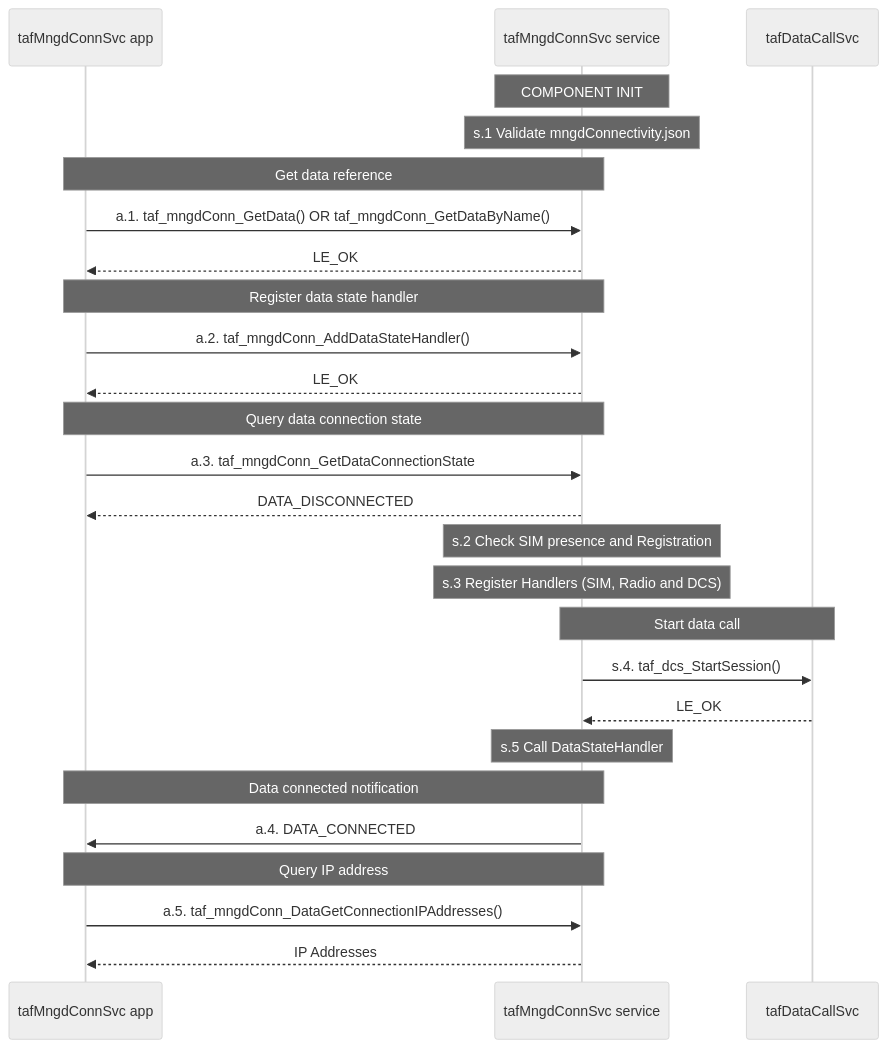
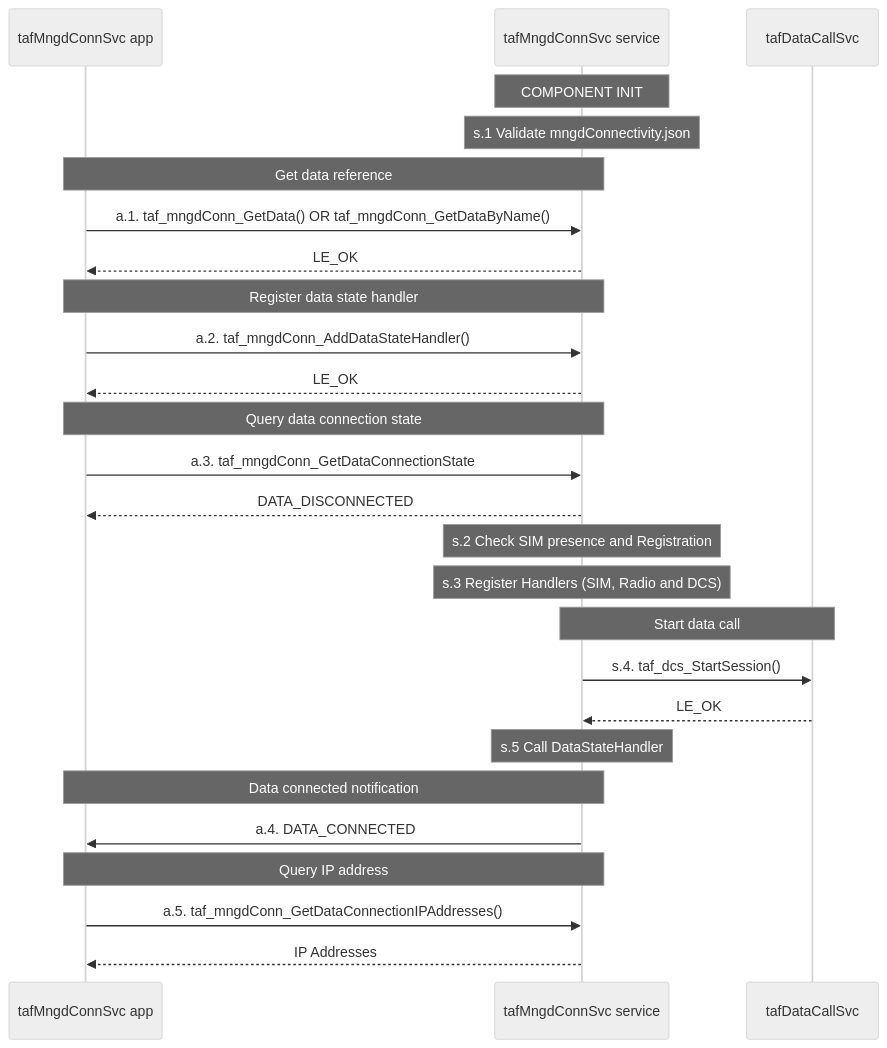
One commit to CodeLinaro-mirror/le_platform_TelAF changed the first of 2 diagrams in doc/rst/mngdConn.rst. Above: the diagram before and after it, drawn with Mermaid (neutral theme). The commit also changed other lines of this file and 1 other file, not shown here.

Commit message:
doc: Update MPMS and mngdConn documentation
Add MPMS power management sequence diagrams to mpms.rst showing power state
transitions:
- Graceful System Shutdown
- System Suspend
- TCU Resume
- Forced System Restart

Also fix function name capitalization in mngdConn.rst:
- taf_mngdConn_DataGetConnectionIPAddresses() ->
  taf_mngdConn_GetDataConnectionIPAddresses()

```diff
--- a/doc/rst/mngdConn.rst
+++ b/doc/rst/mngdConn.rst
@@ -11,38 +11,38 @@
 .. mermaid::
 
      sequenceDiagram
          participant App as tafMngdConnSvc app
          participant Svc as tafMngdConnSvc service
          participant DCS as tafDataCallSvc
 
          Note over Svc: COMPONENT INIT
 
          Note over Svc: s.1 Validate mngdConnectivity.json
 
          Note over App,Svc: Get data reference
          App->>Svc: a.1. taf_mngdConn_GetData() OR taf_mngdConn_GetDataByName()
          Svc-->>App: LE_OK
 
          Note over App,Svc: Register data state handler
          App->>Svc: a.2. taf_mngdConn_AddDataStateHandler()
          Svc-->>App: LE_OK
 
          Note over App,Svc: Query data connection state
          App->>Svc: a.3. taf_mngdConn_GetDataConnectionState
          Svc-->>App: DATA_DISCONNECTED
 
          Note over Svc: s.2 Check SIM presence and Registration
          Note over Svc: s.3 Register Handlers (SIM, Radio and DCS)
 
          Note over Svc,DCS: Start data call
          Svc->>DCS: s.4. taf_dcs_StartSession()
          DCS-->>Svc: LE_OK
 
          Note over Svc: s.5 Call DataStateHandler
 
          Note over App,Svc: Data connected notification
          Svc->>App: a.4. DATA_CONNECTED
 
          Note over App,Svc: Query IP address
-         App->>Svc: a.5. taf_mngdConn_DataGetConnectionIPAddresses()
+         App->>Svc: a.5. taf_mngdConn_GetDataConnectionIPAddresses()
          Svc-->>App: IP Addresses
```
